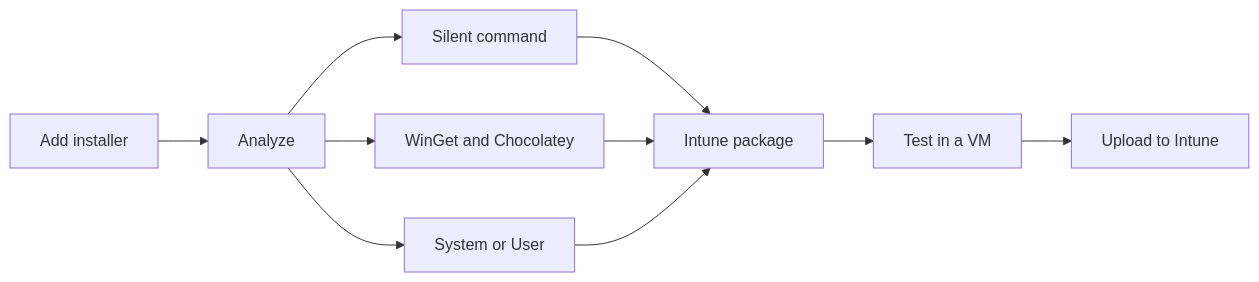
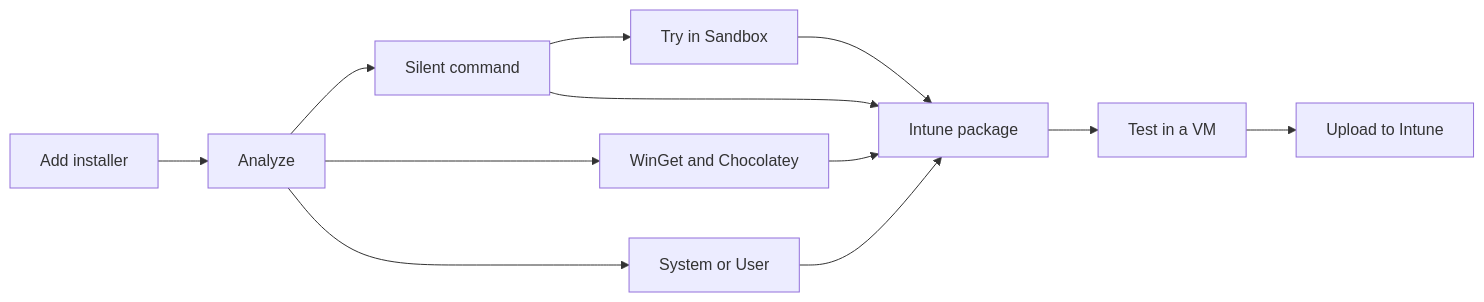
The first of 2 diagrams in docs/guide.md (mthorngaard/InstallScout-releases), drawn with Mermaid before and after one commit. The commit also changed other lines of this file and 38 other files, not shown here.

Commit message:
Show Try in Sandbox in 1.8.59, with new screenshots and guides.

````diff
--- a/docs/guide.md
+++ b/docs/guide.md
@@ -53,12 +54,14 @@
 ```mermaid
 flowchart LR
   A[Add installer] --> B[Analyze]
   B --> C[Silent command]
+  C --> S[Try in Sandbox]
+  S --> E[Intune package]
   C --> E[Intune package]
   B --> D[WinGet and Chocolatey]
   D --> E[Intune package]
   B --> F[System or User]
   F --> E
   E --> G[Test in a VM]
   G --> H[Upload to Intune]
 ```
````
